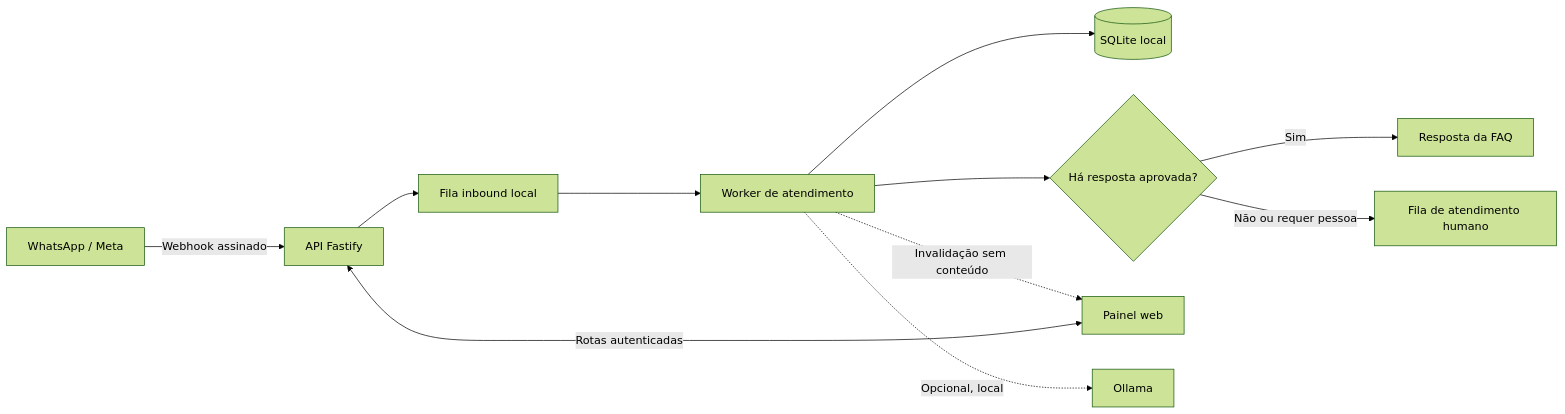
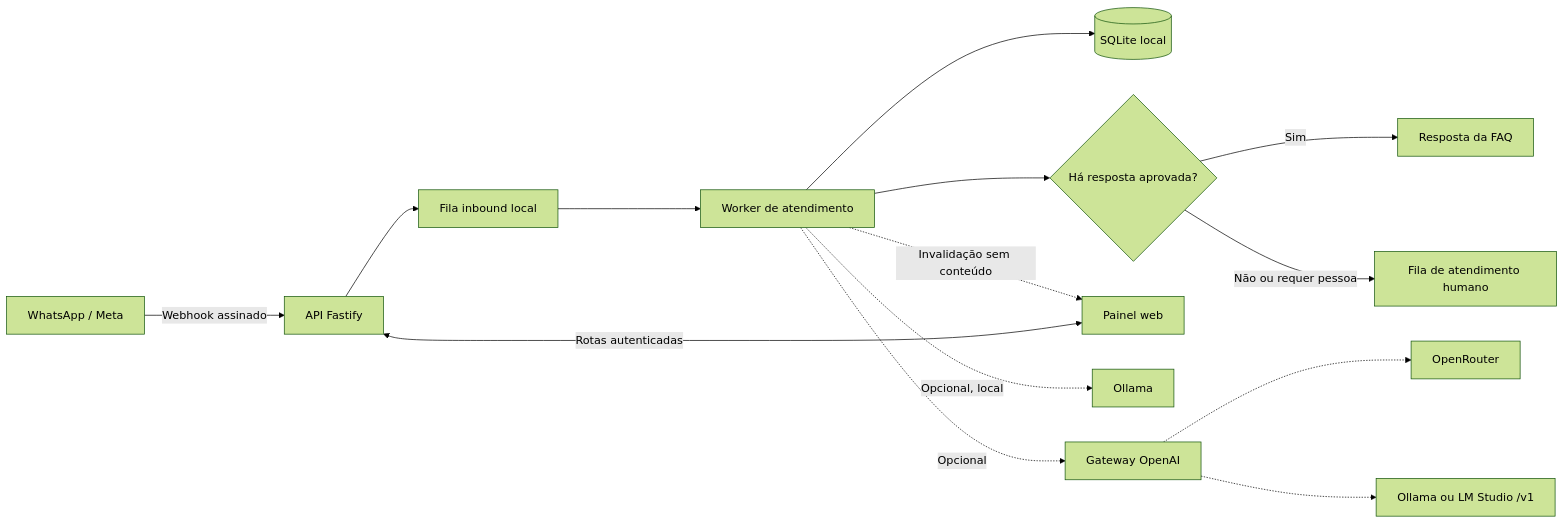
Before and after one commit to jorgepzs/plataforma-atendimento-whatsapp: the diagram in README.md, drawn with Mermaid (forest theme). The commit also changed other lines of this file and 19 other files, not shown here.

First line of the commit message:
feat: unificar o gateway de IA em um cliente OpenAI

````diff
--- a/README.md
+++ b/README.md
@@ -62,13 +63,16 @@
 ```mermaid
 flowchart LR
     Meta[WhatsApp / Meta] -->|Webhook assinado| API[API Fastify]
     API --> Fila[Fila inbound local]
     Fila --> Worker[Worker de atendimento]
     Worker --> Estado[(SQLite local)]
     Worker --> Decisao{Há resposta aprovada?}
     Decisao -->|Sim| FAQ[Resposta da FAQ]
     Decisao -->|Não ou requer pessoa| Humano[Fila de atendimento humano]
     Painel[Painel web] <-->|Rotas autenticadas| API
     Worker -.->|Invalidação sem conteúdo| Painel
     Worker -.->|Opcional, local| Ollama[Ollama]
+    Worker -.->|Opcional| Gateway[Gateway OpenAI]
+    Gateway -.-> OpenRouter[OpenRouter]
+    Gateway -.-> LocalLLM[Ollama ou LM Studio /v1]
 ```
````
